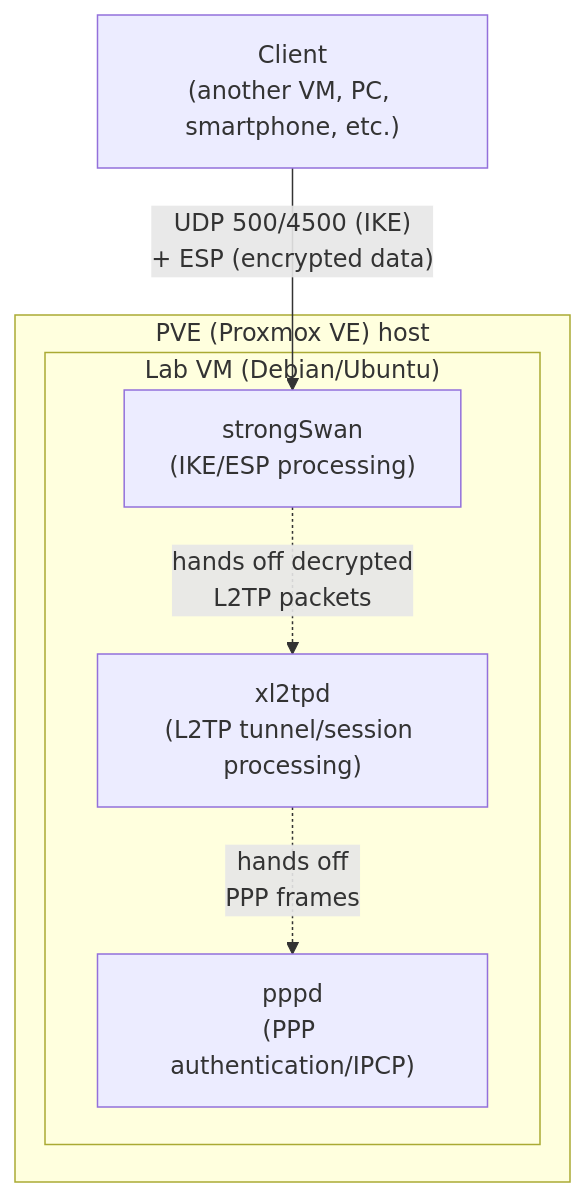
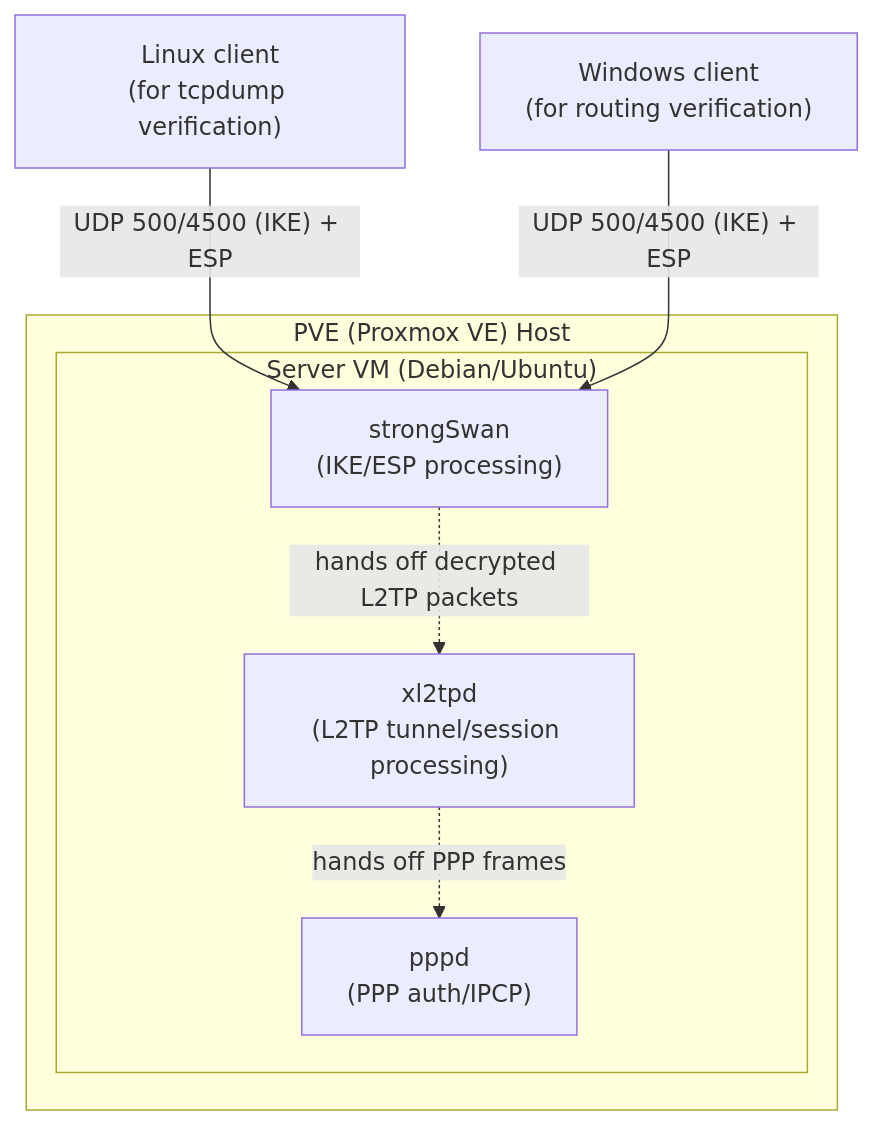
One commit to koikoi1998/koikoi-blog-20260723 changed the diagram in src/content/articles-en/l2tp-ipsec-lab-guide.md. Above: the diagram before and after it, drawn with Mermaid. The commit also changed other lines of this file and 5 other files, not shown here.

````diff
--- a/src/content/articles-en/l2tp-ipsec-lab-guide.md
+++ b/src/content/articles-en/l2tp-ipsec-lab-guide.md
@@ -33,13 +45,14 @@
 ```mermaid
 graph TB
-    subgraph PVE["PVE (Proxmox VE) host"]
-        subgraph VM["Lab VM (Debian/Ubuntu)"]
+    subgraph PVE["PVE (Proxmox VE) Host"]
+        subgraph VM["Server VM (Debian/Ubuntu)"]
             SS["strongSwan<br/>(IKE/ESP processing)"]
             XL["xl2tpd<br/>(L2TP tunnel/session processing)"]
-            PPPD["pppd<br/>(PPP authentication/IPCP)"]
-            SS -.hands off decrypted<br/>L2TP packets.-> XL
-            XL -.hands off<br/>PPP frames.-> PPPD
+            PPPD["pppd<br/>(PPP auth/IPCP)"]
+            SS -.hands off decrypted L2TP packets.-> XL
+            XL -.hands off PPP frames.-> PPPD
         end
     end
-    Client["Client<br/>(another VM, PC, smartphone, etc.)"] -->|"UDP 500/4500 (IKE)<br/>+ ESP (encrypted data)"| SS
+    LinuxClient["Linux client<br/>(for tcpdump verification)"] -->|"UDP 500/4500 (IKE) + ESP"| SS
+    WinClient["Windows client<br/>(for routing verification)"] -->|"UDP 500/4500 (IKE) + ESP"| SS
 ```
````
